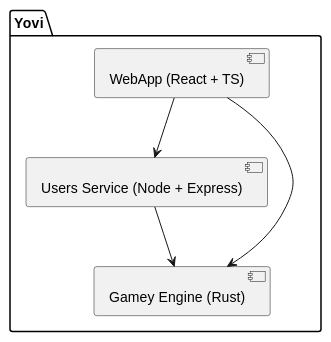
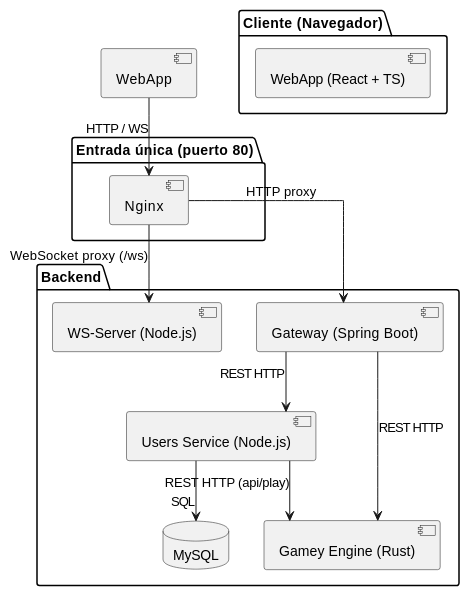
Before and after one commit to Arquisoft/yovi_es4c: the first of 2 diagrams in docs/src/05_building_block_view.adoc, drawn with PlantUML. The commit also changed other lines of this file and 11 other files, not shown here.

Commit message:
Añadidos cambios para api/play y documentacion

```diff
--- a/docs/src/05_building_block_view.adoc
+++ b/docs/src/05_building_block_view.adoc
@@ -72,10 +10,30 @@
 [plantuml, building-block-overview, png]
 ----
 @startuml
-package "Yovi" {
-  [WebApp (React + TS)] --> [Users Service (Node + Express)]
-  [WebApp (React + TS)] --> [Gamey Engine (Rust)]
-  [Users Service (Node + Express)] --> [Gamey Engine (Rust)]
+skinparam linetype ortho
+
+package "Cliente (Navegador)" {
+  [WebApp (React + TS)]
 }
+
+package "Entrada única (puerto 80)" {
+  [Nginx]
+}
+
+package "Backend" {
+  [Gateway (Spring Boot)] as GW
+  [Users Service (Node.js)] as US
+  [Gamey Engine (Rust)] as GE
+  [WS-Server (Node.js)] as WS
+  database "MySQL" as DB
+}
+
+[WebApp] --> [Nginx] : HTTP / WS
+[Nginx] --> [GW] : HTTP proxy
+[Nginx] --> [WS] : WebSocket proxy (/ws)
+[GW] --> [US] : REST HTTP
+[GW] --> [GE] : REST HTTP
+[US] --> [GE] : REST HTTP (api/play)
+[US] --> [DB] : SQL
 @enduml
 ----
```
